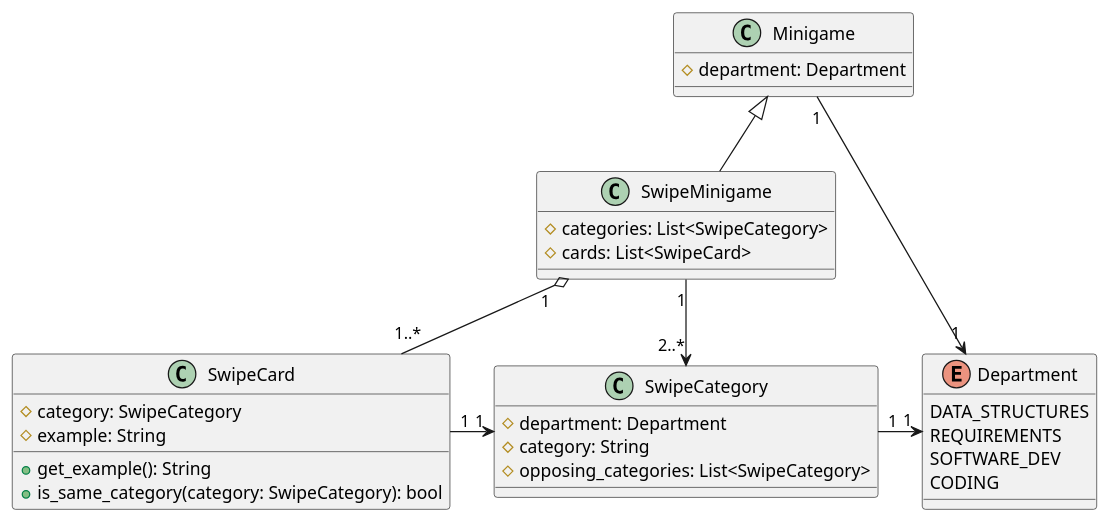
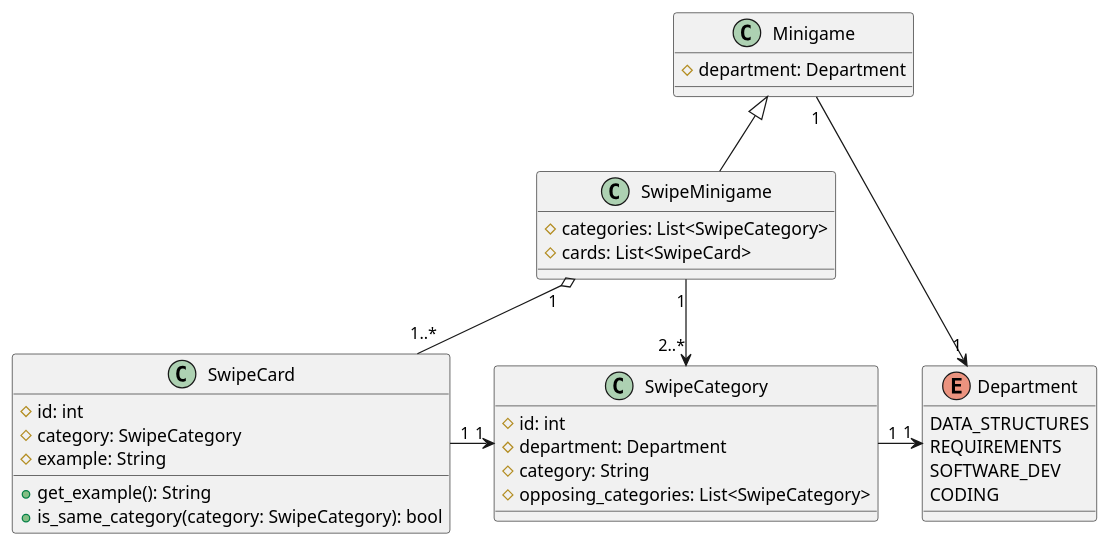
Before and after one commit to 1affogato/TSP-A26-NAKOSU: the diagram in diagramas/cu08_swipe_data.plantuml, drawn with PlantUML. The commit also changed 1 other file, not shown here.

```diff
--- a/diagramas/cu08_swipe_data.plantuml
+++ b/diagramas/cu08_swipe_data.plantuml
@@ -1,41 +1,43 @@
 @startuml swipe_data
 
 class Minigame {
     # department: Department
 }
 
 enum Department {
     DATA_STRUCTURES
     REQUIREMENTS
     SOFTWARE_DEV
     CODING
 }
 
 class SwipeMinigame {
     # categories: List<SwipeCategory>
     # cards: List<SwipeCard>
 }
 
 class SwipeCard {
+    # id: int
     # category: SwipeCategory
     # example: String
     + get_example(): String
     + is_same_category(category: SwipeCategory): bool
 }
 
 class SwipeCategory {
+    # id: int
     # department: Department
     # category: String
     # opposing_categories: List<SwipeCategory>
 }
 
 
 Minigame <|-- SwipeMinigame
 Minigame "1" -> "1" Department
 
 SwipeMinigame "1" o-- "1..*" SwipeCard
 SwipeMinigame "1" -> "2..*" SwipeCategory
 SwipeCard "1" -> "1" SwipeCategory
 SwipeCategory "1" -> "1" Department
 
 @enduml
```
